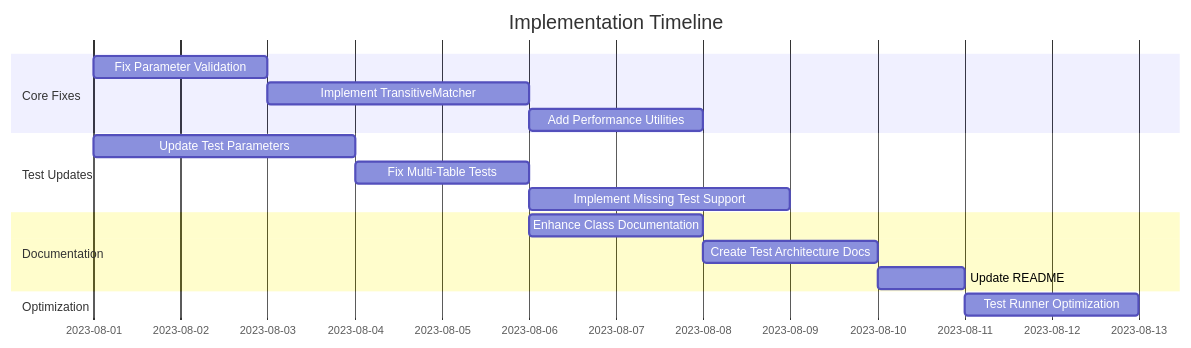
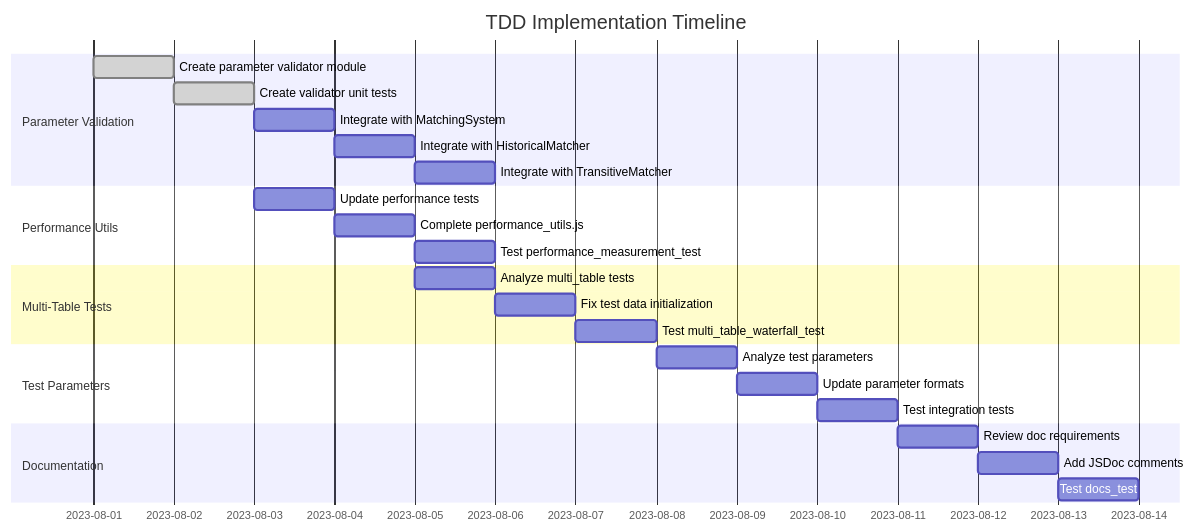
The third of 3 diagrams in TODO.md (jhashemi/marketads.dataform), drawn with Mermaid before and after one commit. The commit also changed other lines of this file and 17 other files, not shown here.

First line of the commit message:
Enhance MarketAds Dataform project with parameter validation and new utilities

````diff
--- a/TODO.md
+++ b/TODO.md
@@ -161,19 +304,27 @@
 ```mermaid
 gantt
-    title Implementation Timeline
+    title TDD Implementation Timeline
     dateFormat  YYYY-MM-DD
-    section Core Fixes
-    Fix Parameter Validation       :a1, 2023-08-01, 2d
-    Implement TransitiveMatcher    :a2, after a1, 3d
-    Add Performance Utilities      :a3, after a2, 2d
-    section Test Updates
-    Update Test Parameters         :b1, 2023-08-01, 3d
-    Fix Multi-Table Tests          :b2, after b1, 2d
-    Implement Missing Test Support :b3, after b2, 3d
+    section Parameter Validation
+    Create parameter validator module  :done, a1, 2023-08-01, 1d
+    Create validator unit tests        :done, a2, after a1, 1d
+    Integrate with MatchingSystem      :a3, after a2, 1d
+    Integrate with HistoricalMatcher   :a4, after a3, 1d
+    Integrate with TransitiveMatcher   :a5, after a4, 1d
+    section Performance Utils
+    Update performance tests          :c1, 2023-08-03, 1d
+    Complete performance_utils.js     :c2, after c1, 1d
+    Test performance_measurement_test :c3, after c2, 1d
+    section Multi-Table Tests
+    Analyze multi_table tests         :d1, 2023-08-05, 1d
+    Fix test data initialization      :d2, after d1, 1d
+    Test multi_table_waterfall_test   :d3, after d2, 1d
+    section Test Parameters
+    Analyze test parameters           :e1, 2023-08-08, 1d
+    Update parameter formats          :e2, after e1, 1d
+    Test integration tests            :e3, after e2, 1d
     section Documentation
-    Enhance Class Documentation    :c1, 2023-08-06, 2d
-    Create Test Architecture Docs  :c2, after c1, 2d
-    Update README                  :c3, after c2, 1d
-    section Optimization
-    Test Runner Optimization       :d1, 2023-08-11, 2d
+    Review doc requirements           :f1, 2023-08-11, 1d
+    Add JSDoc comments                :f2, after f1, 1d
+    Test docs_test                    :f3, after f2, 1d
 ```
````
